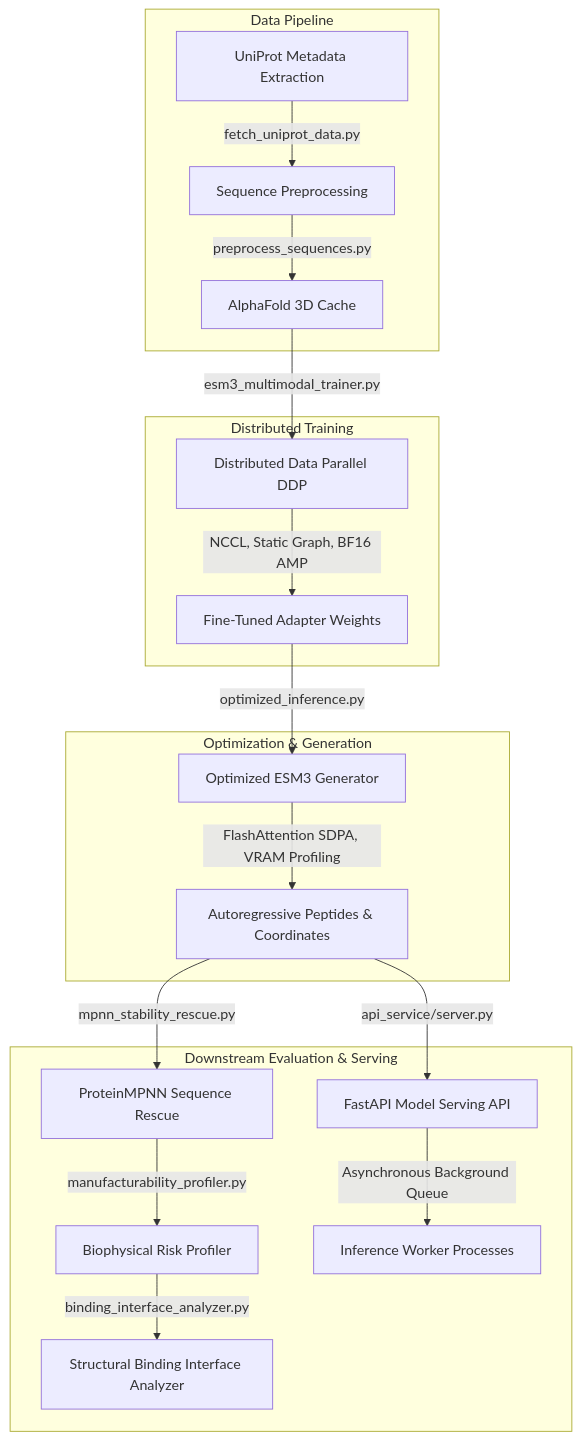
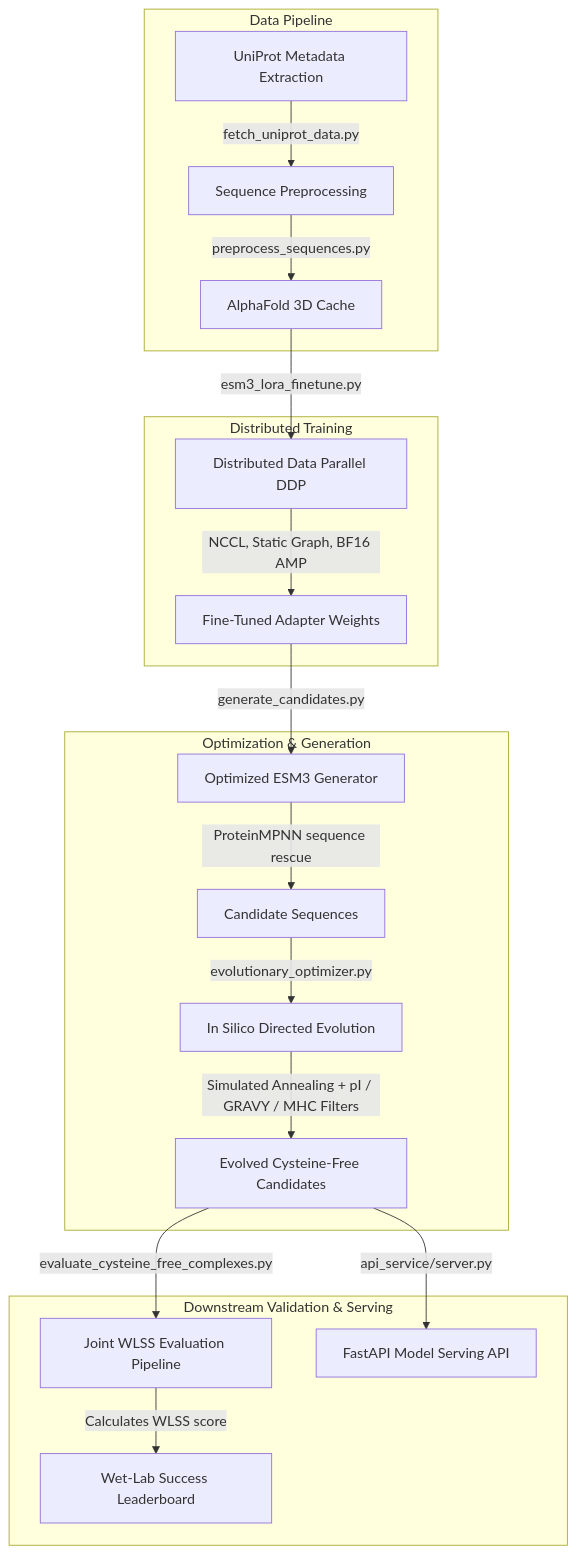
The diagram in README.md (QntmSeer/Somasays), drawn with Mermaid before and after one commit. The commit also changed other lines of this file, not shown here.

Commit message:
docs: update README.md with Directed Evolution, WLSS, and performance charts

````diff
--- a/README.md
+++ b/README.md
@@ -15,25 +15,25 @@
 ```mermaid
 graph TD
     subgraph Data Pipeline
         A[UniProt Metadata Extraction] -->|fetch_uniprot_data.py| B[Sequence Preprocessing]
         B -->|preprocess_sequences.py| C[AlphaFold 3D Cache]
     end
     
     subgraph Distributed Training
-        C -->|esm3_multimodal_trainer.py| D[Distributed Data Parallel DDP]
+        C -->|esm3_lora_finetune.py| D[Distributed Data Parallel DDP]
         D -->|NCCL, Static Graph, BF16 AMP| E[Fine-Tuned Adapter Weights]
     end
     
     subgraph Optimization & Generation
-        E -->|optimized_inference.py| F[Optimized ESM3 Generator]
-        F -->|FlashAttention SDPA, VRAM Profiling| G[Autoregressive Peptides & Coordinates]
+        E -->|generate_candidates.py| F[Optimized ESM3 Generator]
+        F -->|ProteinMPNN sequence rescue| G[Candidate Sequences]
+        G -->|evolutionary_optimizer.py| H[In Silico Directed Evolution]
+        H -->|Simulated Annealing + pI / GRAVY / MHC Filters| I[Evolved Cysteine-Free Candidates]
     end
     
-    subgraph Downstream Evaluation & Serving
-        G -->|mpnn_stability_rescue.py| H[ProteinMPNN Sequence Rescue]
-        H -->|manufacturability_profiler.py| I[Biophysical Risk Profiler]
-        I -->|binding_interface_analyzer.py| L[Structural Binding Interface Analyzer]
-        G -->|api_service/server.py| J[FastAPI Model Serving API]
-        J -->|Asynchronous Background Queue| K[Inference Worker Processes]
+    subgraph Downstream Validation & Serving
+        I -->|evaluate_cysteine_free_complexes.py| K[Joint WLSS Evaluation Pipeline]
+        K -->|Calculates WLSS score| L[Wet-Lab Success Leaderboard]
+        I -->|api_service/server.py| J[FastAPI Model Serving API]
     end
 ```
````
